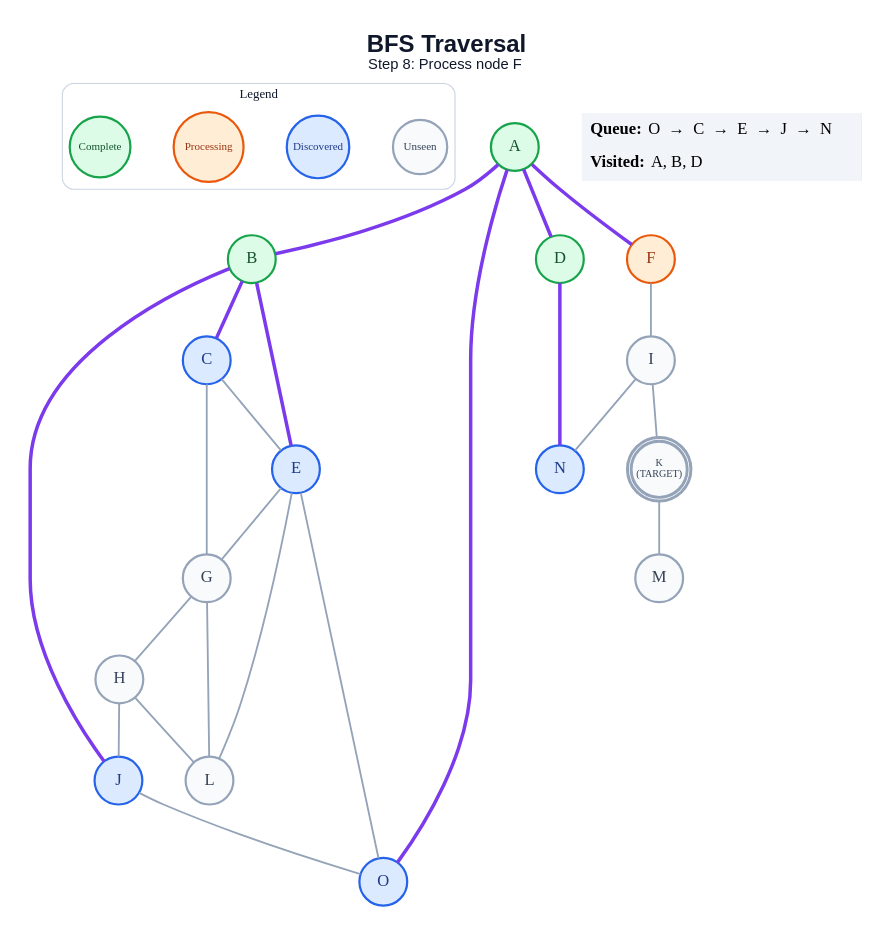
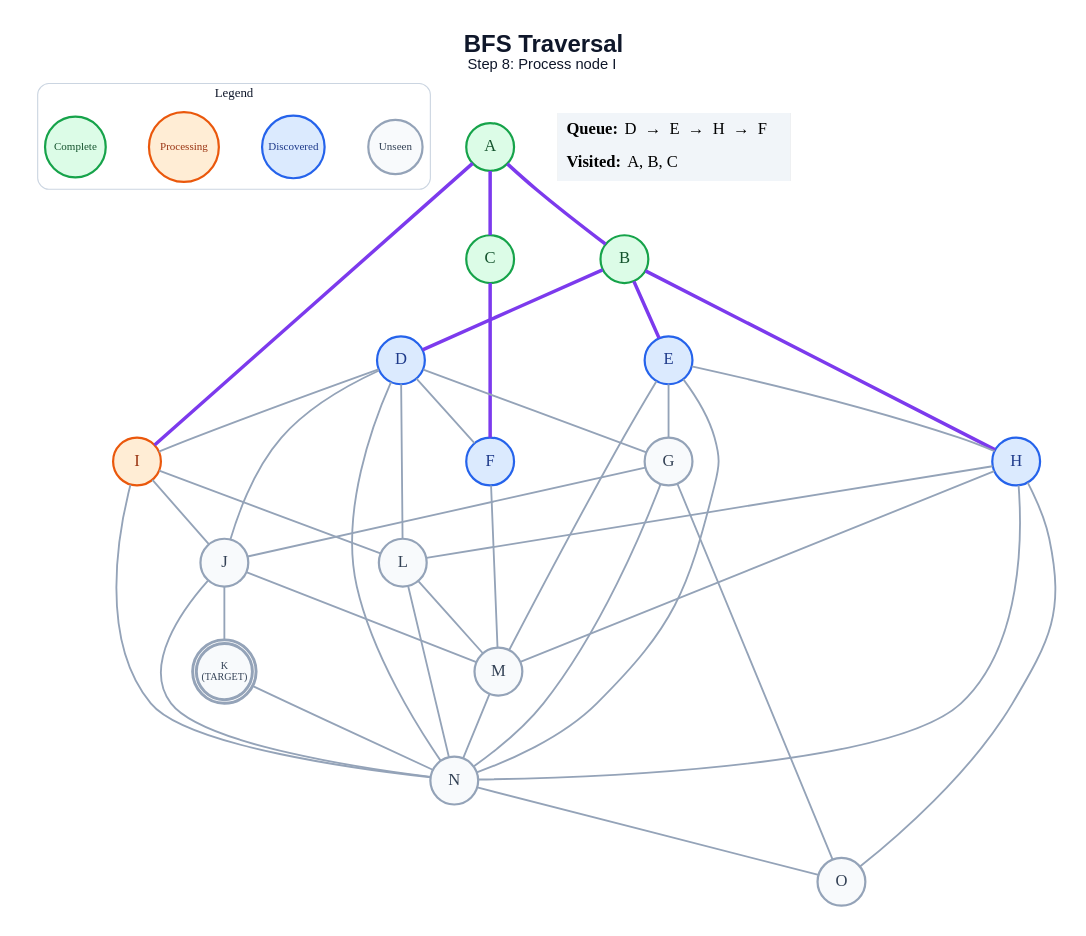
Before and after one commit to anon7238593-create/ai-slop: the diagram in generated/short-circuit/bfs/step_08.dot, drawn with Graphviz. The commit also changed 337 other files, not shown here.

```diff
--- a/generated/short-circuit/bfs/step_08.dot
+++ b/generated/short-circuit/bfs/step_08.dot
@@ -1,56 +1,70 @@
 graph traversal {
   graph [layout=dot, rankdir=TB, bgcolor="#FFFFFF", pad="0.35", nodesep="0.65", ranksep="0.8", fontname="Arial"];
   node [shape=circle, style="filled", fontname="Arial Bold", fontsize=18, width=0.72, fixedsize=true, penwidth=2.4];
   edge [color="#94A3B8", penwidth=2.0];
-  label=<<B>BFS Traversal</B><BR/><FONT POINT-SIZE="16">Step 8: Process node F</FONT>>; labelloc="t"; fontsize=26; fontname="Arial"; fontcolor="#0F172A";
+  label=<<B>BFS Traversal</B><BR/><FONT POINT-SIZE="16">Step 8: Process node I</FONT>>; labelloc="t"; fontsize=26; fontname="Arial"; fontcolor="#0F172A";
   subgraph cluster_legend { label="Legend"; color="#CBD5E1"; penwidth=1.2; style="rounded"; fontsize=14; fontname="Arial Bold";
     key_unseen [label="Unseen", fillcolor="#F8FAFC", color="#94A3B8", fontcolor="#334155", fontsize=12, width=0.82];
     key_frontier [label="Discovered", fillcolor="#DBEAFE", color="#2563EB", fontcolor="#1E3A8A", fontsize=12, width=0.95];
     key_current [label="Processing", fillcolor="#FFEDD5", color="#EA580C", fontcolor="#9A3412", fontsize=12, width=1.05];
     key_done [label="Complete", fillcolor="#DCFCE7", color="#16A34A", fontcolor="#14532D", fontsize=12, width=0.92];
     { rank=same; key_unseen; key_frontier; key_current; key_done; }
   }
   A [label="A", fillcolor="#DCFCE7", color="#16A34A", fontcolor="#14532D", peripheries=1, penwidth=2.4];
   B [label="B", fillcolor="#DCFCE7", color="#16A34A", fontcolor="#14532D", peripheries=1, penwidth=2.4];
-  C [label="C", fillcolor="#DBEAFE", color="#2563EB", fontcolor="#1E3A8A", peripheries=1, penwidth=2.4];
-  D [label="D", fillcolor="#DCFCE7", color="#16A34A", fontcolor="#14532D", peripheries=1, penwidth=2.4];
+  C [label="C", fillcolor="#DCFCE7", color="#16A34A", fontcolor="#14532D", peripheries=1, penwidth=2.4];
+  D [label="D", fillcolor="#DBEAFE", color="#2563EB", fontcolor="#1E3A8A", peripheries=1, penwidth=2.4];
   E [label="E", fillcolor="#DBEAFE", color="#2563EB", fontcolor="#1E3A8A", peripheries=1, penwidth=2.4];
-  F [label="F", fillcolor="#FFEDD5", color="#EA580C", fontcolor="#9A3412", peripheries=1, penwidth=2.4];
+  F [label="F", fillcolor="#DBEAFE", color="#2563EB", fontcolor="#1E3A8A", peripheries=1, penwidth=2.4];
   G [label="G", fillcolor="#F8FAFC", color="#94A3B8", fontcolor="#334155", peripheries=1, penwidth=2.4];
-  H [label="H", fillcolor="#F8FAFC", color="#94A3B8", fontcolor="#334155", peripheries=1, penwidth=2.4];
-  I [label="I", fillcolor="#F8FAFC", color="#94A3B8", fontcolor="#334155", peripheries=1, penwidth=2.4];
-  J [label="J", fillcolor="#DBEAFE", color="#2563EB", fontcolor="#1E3A8A", peripheries=1, penwidth=2.4];
+  H [label="H", fillcolor="#DBEAFE", color="#2563EB", fontcolor="#1E3A8A", peripheries=1, penwidth=2.4];
+  I [label="I", fillcolor="#FFEDD5", color="#EA580C", fontcolor="#9A3412", peripheries=1, penwidth=2.4];
+  J [label="J", fillcolor="#F8FAFC", color="#94A3B8", fontcolor="#334155", peripheries=1, penwidth=2.4];
   K [label="K\n(TARGET)", fillcolor="#F8FAFC", color="#94A3B8", fontcolor="#334155", peripheries=2, penwidth=3.2, fontsize=11, width=0.85, height=0.85];
   L [label="L", fillcolor="#F8FAFC", color="#94A3B8", fontcolor="#334155", peripheries=1, penwidth=2.4];
   M [label="M", fillcolor="#F8FAFC", color="#94A3B8", fontcolor="#334155", peripheries=1, penwidth=2.4];
-  N [label="N", fillcolor="#DBEAFE", color="#2563EB", fontcolor="#1E3A8A", peripheries=1, penwidth=2.4];
-  O [label="O", fillcolor="#DBEAFE", color="#2563EB", fontcolor="#1E3A8A", peripheries=1, penwidth=2.4];
+  N [label="N", fillcolor="#F8FAFC", color="#94A3B8", fontcolor="#334155", peripheries=1, penwidth=2.4];
+  O [label="O", fillcolor="#F8FAFC", color="#94A3B8", fontcolor="#334155", peripheries=1, penwidth=2.4];
   A -- B [color="#7C3AED", penwidth=3.8];
-  A -- D [color="#7C3AED", penwidth=3.8];
-  A -- F [color="#7C3AED", penwidth=3.8];
-  A -- O [color="#7C3AED", penwidth=3.8];
-  B -- C [color="#7C3AED", penwidth=3.8];
+  A -- C [color="#7C3AED", penwidth=3.8];
+  A -- I [color="#7C3AED", penwidth=3.8];
+  B -- D [color="#7C3AED", penwidth=3.8];
   B -- E [color="#7C3AED", penwidth=3.8];
-  B -- J [color="#7C3AED", penwidth=3.8];
-  C -- E;
-  C -- G;
-  D -- N [color="#7C3AED", penwidth=3.8];
+  B -- H [color="#7C3AED", penwidth=3.8];
+  C -- F [color="#7C3AED", penwidth=3.8];
+  D -- F;
+  D -- G;
+  D -- I;
+  D -- J;
+  D -- L;
+  D -- N;
   E -- G;
-  E -- L;
-  E -- O;
-  F -- I;
-  G -- H;
-  G -- L;
-  H -- J;
+  E -- H;
+  E -- M;
+  E -- N;
+  F -- M;
+  G -- J;
+  G -- N;
+  G -- O;
   H -- L;
-  I -- K;
+  H -- M;
+  H -- N;
+  H -- O;
+  I -- J;
+  I -- L;
   I -- N;
-  J -- O;
-  K -- M;
+  J -- K;
+  J -- M;
+  J -- N;
+  K -- N;
+  L -- M;
+  L -- N;
+  M -- N;
+  N -- O;
   status [shape=plain, fixedsize=false, width=0, height=0, margin=0, label=<
     <TABLE BORDER="0" CELLBORDER="0" CELLPADDING="7" BGCOLOR="#F1F5F9">
-      <TR><TD ALIGN="LEFT"><B>Queue:</B> O  →  C  →  E  →  J  →  N</TD></TR>
-      <TR><TD ALIGN="LEFT"><B>Visited:</B> A, B, D</TD></TR>
+      <TR><TD ALIGN="LEFT"><B>Queue:</B> D  →  E  →  H  →  F</TD></TR>
+      <TR><TD ALIGN="LEFT"><B>Visited:</B> A, B, C</TD></TR>
     </TABLE>
   >];
 }
```
